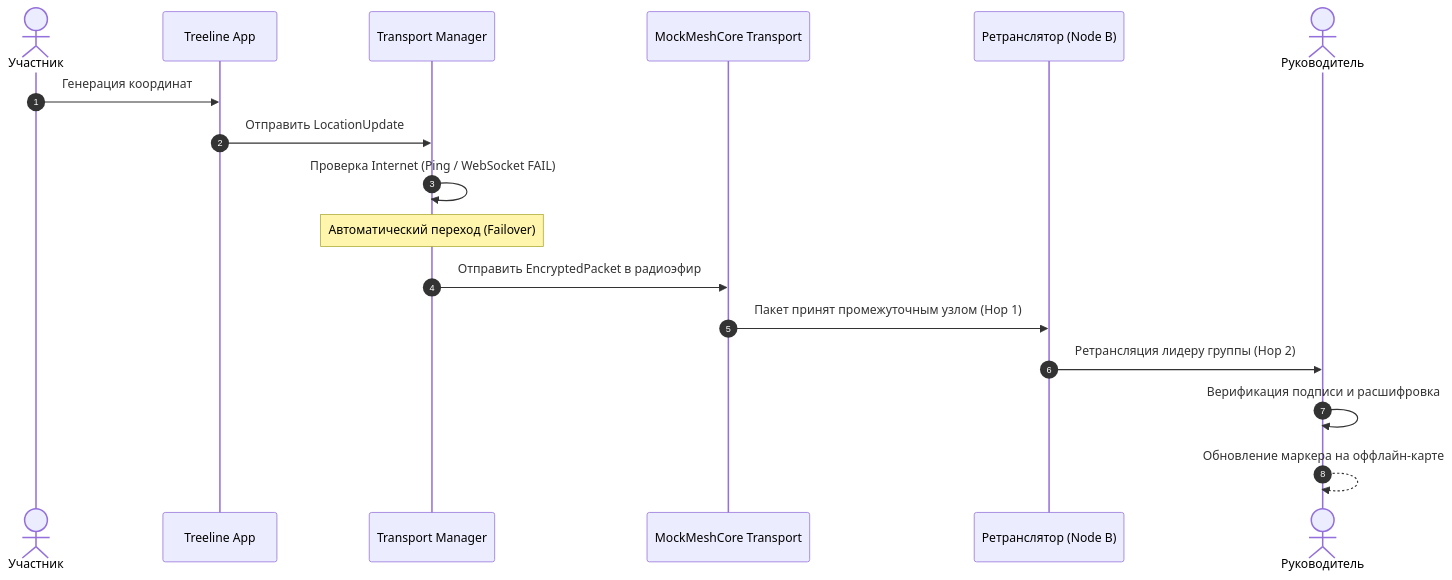
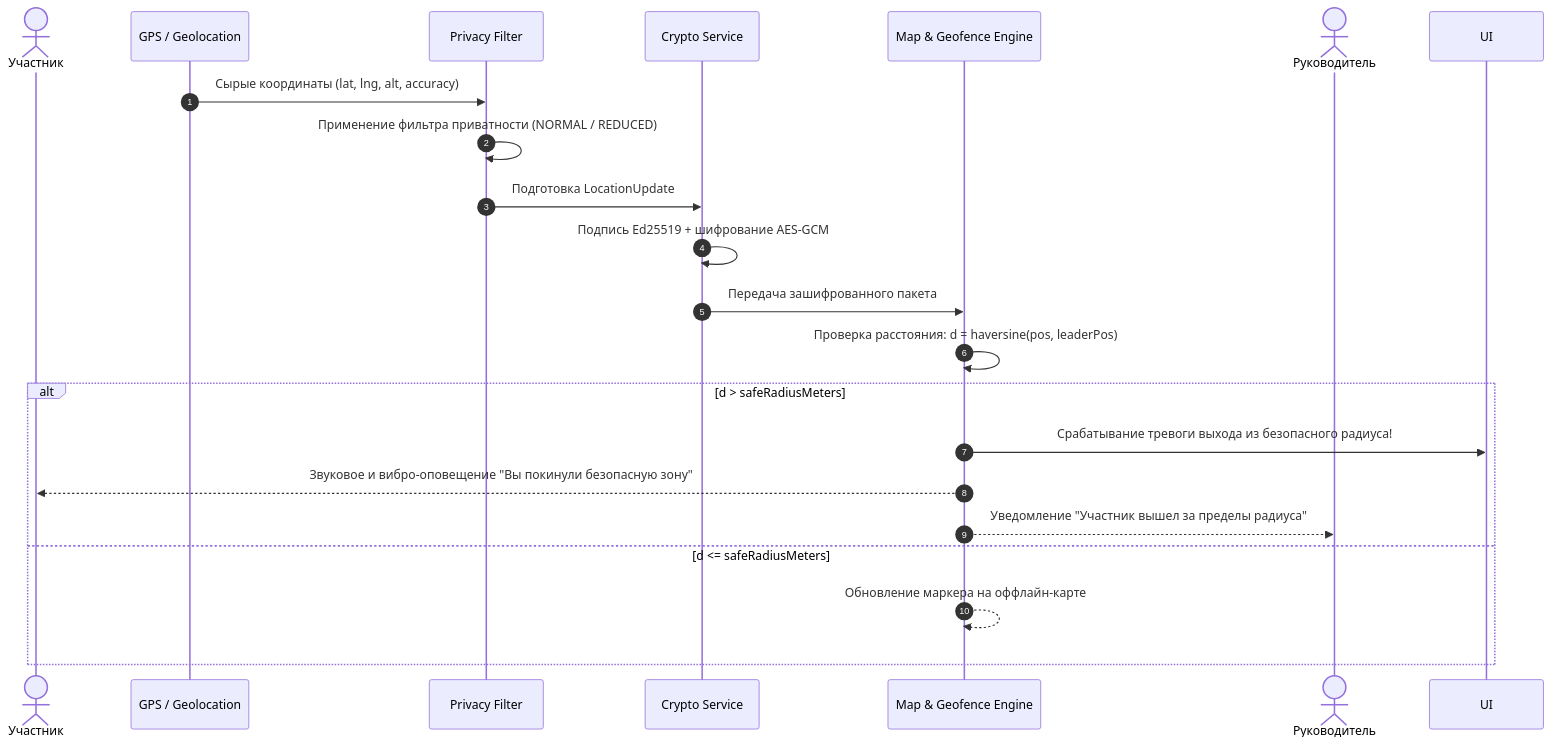
Before and after one commit to asakue/Treeline-Tracker: the third of 6 diagrams in docs/01-product/use-cases.md, drawn with Mermaid. The commit also changed other lines of this file and 6 other files, not shown here.

First line of the commit message:
docs: update architecture, use cases, and app info

````diff
--- a/docs/01-product/use-cases.md
+++ b/docs/01-product/use-cases.md
@@ -52,20 +85,24 @@
 ```mermaid
 sequenceDiagram
     autonumber
     actor M as Участник
-    participant App as Treeline App
-    participant TM as Transport Manager
-    participant Mesh as MockMeshCore Transport
-    participant R as Ретранслятор (Node B)
+    participant Sensor as GPS / Geolocation
+    participant Filter as Privacy Filter
+    participant Sec as Crypto Service
+    participant Map as Map & Geofence Engine
     actor L as Руководитель
 
-    M->>App: Генерация координат
-    App->>TM: Отправить LocationUpdate
-    TM->>TM: Проверка Internet (Ping / WebSocket FAIL)
-    Note over TM: Автоматический переход (Failover)
-    TM->>Mesh: Отправить EncryptedPacket в радиоэфир
-    Mesh->>R: Пакет принят промежуточным узлом (Hop 1)
-    R->>L: Ретрансляция лидеру группы (Hop 2)
-    L->>L: Верификация подписи и расшифровка
-    L-->>L: Обновление маркера на оффлайн-карте
+    Sensor->>Filter: Сырые координаты (lat, lng, alt, accuracy)
+    Filter->>Filter: Применение фильтра приватности (NORMAL / REDUCED)
+    Filter->>Sec: Подготовка LocationUpdate
+    Sec->>Sec: Подпись Ed25519 + шифрование AES-GCM
+    Sec->>Map: Передача зашифрованного пакета
+    Map->>Map: Проверка расстояния: d = haversine(pos, leaderPos)
+    alt d > safeRadiusMeters
+        Map->>UI: Срабатывание тревоги выхода из безопасного радиуса!
+        Map-->>M: Звуковое и вибро-оповещение "Вы покинули безопасную зону"
+        Map-->>L: Уведомление "Участник вышел за пределы радиуса"
+    else d <= safeRadiusMeters
+        Map-->>Map: Обновление маркера на оффлайн-карте
+    end
 ```
````
